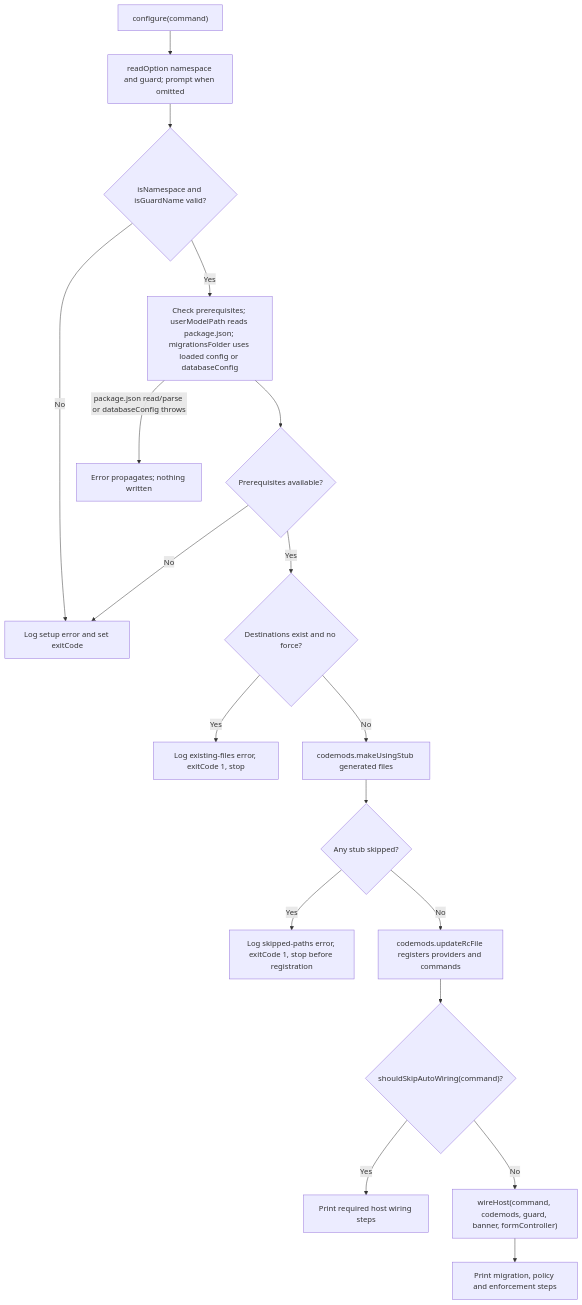
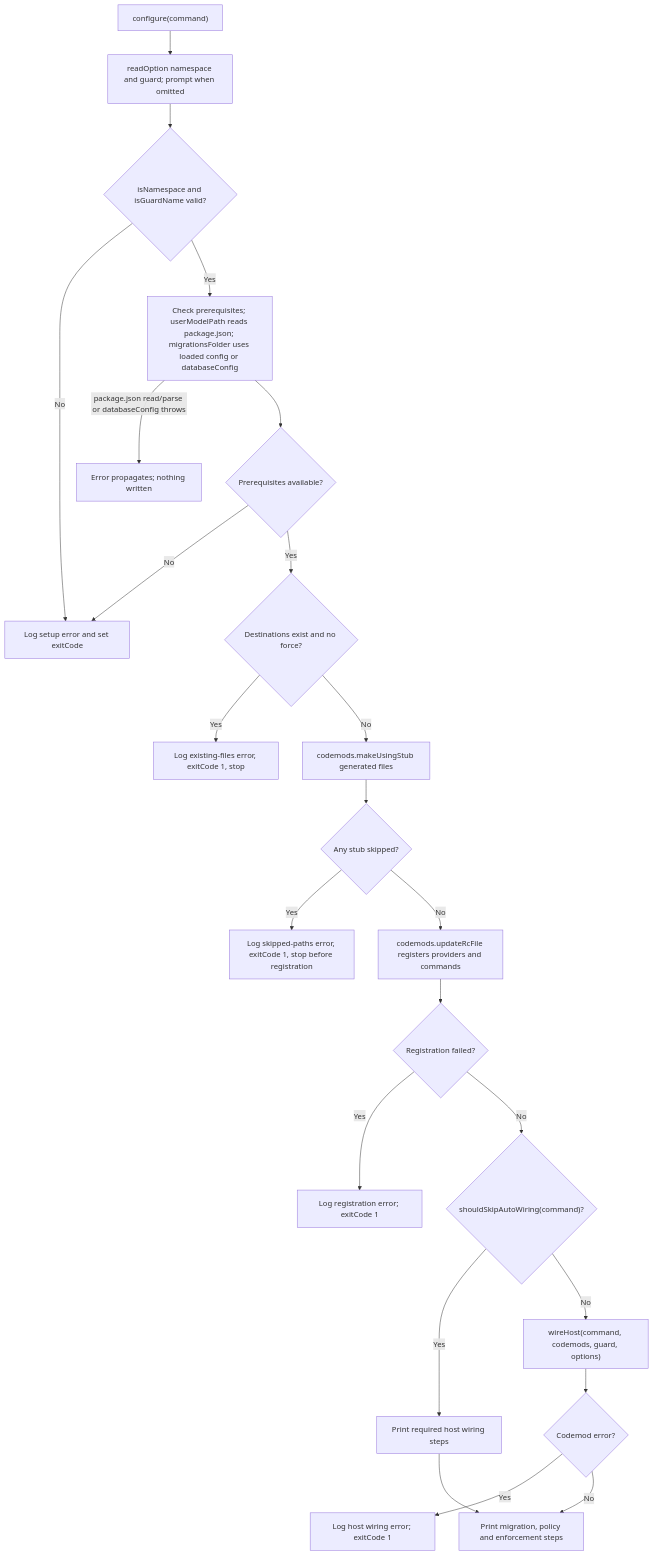
The second of 2 diagrams in user-stories/configure-masquerade/us-setup-01-configure-masquerade.md (Kevinjohn/oss-adonisjs-masquerade), drawn with Mermaid before and after one commit. The commit also changed other lines of this file and 26 other files, not shown here.

````diff
--- a/user-stories/configure-masquerade/us-setup-01-configure-masquerade.md
+++ b/user-stories/configure-masquerade/us-setup-01-configure-masquerade.md
@@ -48,20 +48,25 @@
 ```mermaid
 flowchart TD
     A["configure(command)"] --> B["readOption namespace and guard; prompt when omitted"]
     B --> N{"isNamespace and isGuardName valid?"}
     N -->|No| E["Log setup error and set exitCode"]
     N -->|Yes| C["Check prerequisites; userModelPath reads package.json; migrationsFolder uses loaded config or databaseConfig"]
     C -->|"package.json read/parse or databaseConfig throws"| R["Error propagates; nothing written"]
     C --> D{"Prerequisites available?"}
     D -->|No| E
     D -->|Yes| X{"Destinations exist and no force?"}
     X -->|Yes| Y["Log existing-files error, exitCode 1, stop"]
     X -->|No| F["codemods.makeUsingStub generated files"]
     F --> Z{"Any stub skipped?"}
     Z -->|Yes| Y2["Log skipped-paths error, exitCode 1, stop before registration"]
     Z -->|No| G["codemods.updateRcFile registers providers and commands"]
-    G --> H{"shouldSkipAutoWiring(command)?"}
+    G --> V{"Registration failed?"}
+    V -->|Yes| W["Log registration error; exitCode 1"]
+    V -->|No| H{"shouldSkipAutoWiring(command)?"}
     H -->|Yes| I["Print required host wiring steps"]
-    H -->|No| J["wireHost(command, codemods, guard, banner, formController)"]
-    J --> K["Print migration, policy and enforcement steps"]
+    H -->|No| J["wireHost(command, codemods, guard, options)"]
+    J --> X2{"Codemod error?"}
+    X2 -->|Yes| W2["Log host wiring error; exitCode 1"]
+    X2 -->|No| K["Print migration, policy and enforcement steps"]
+    I --> K
 ```
````
